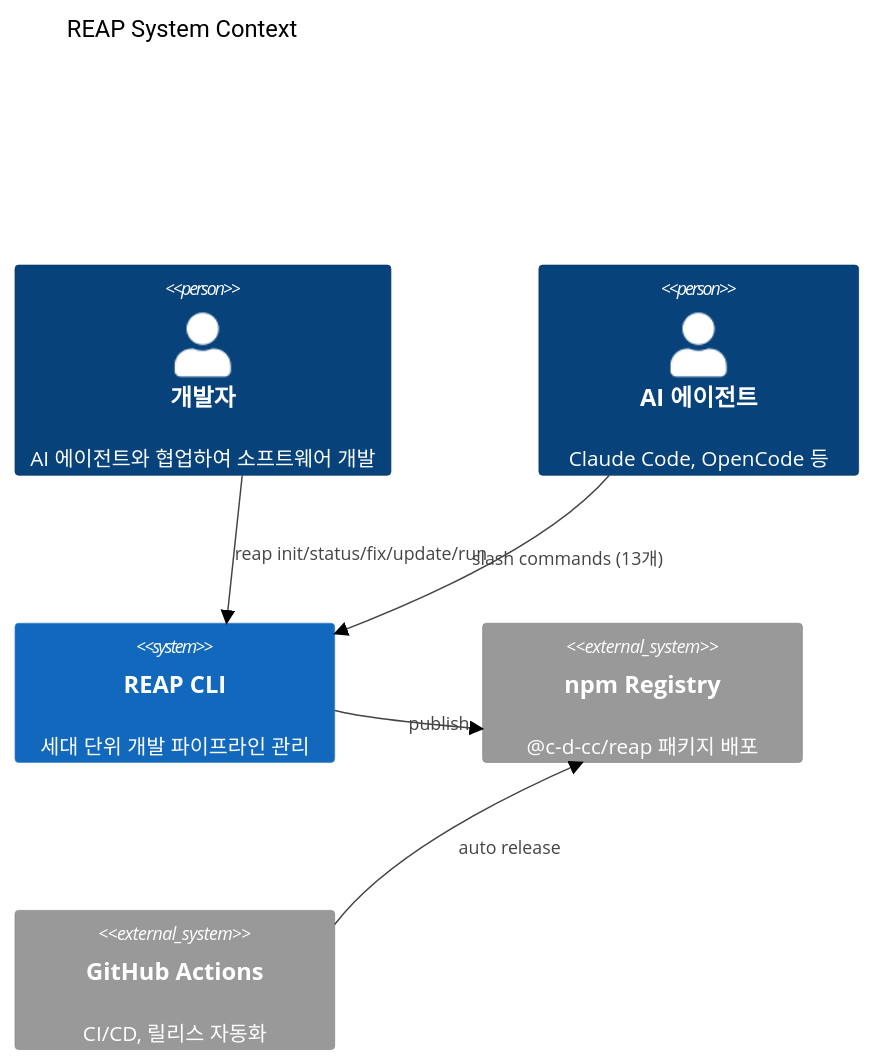
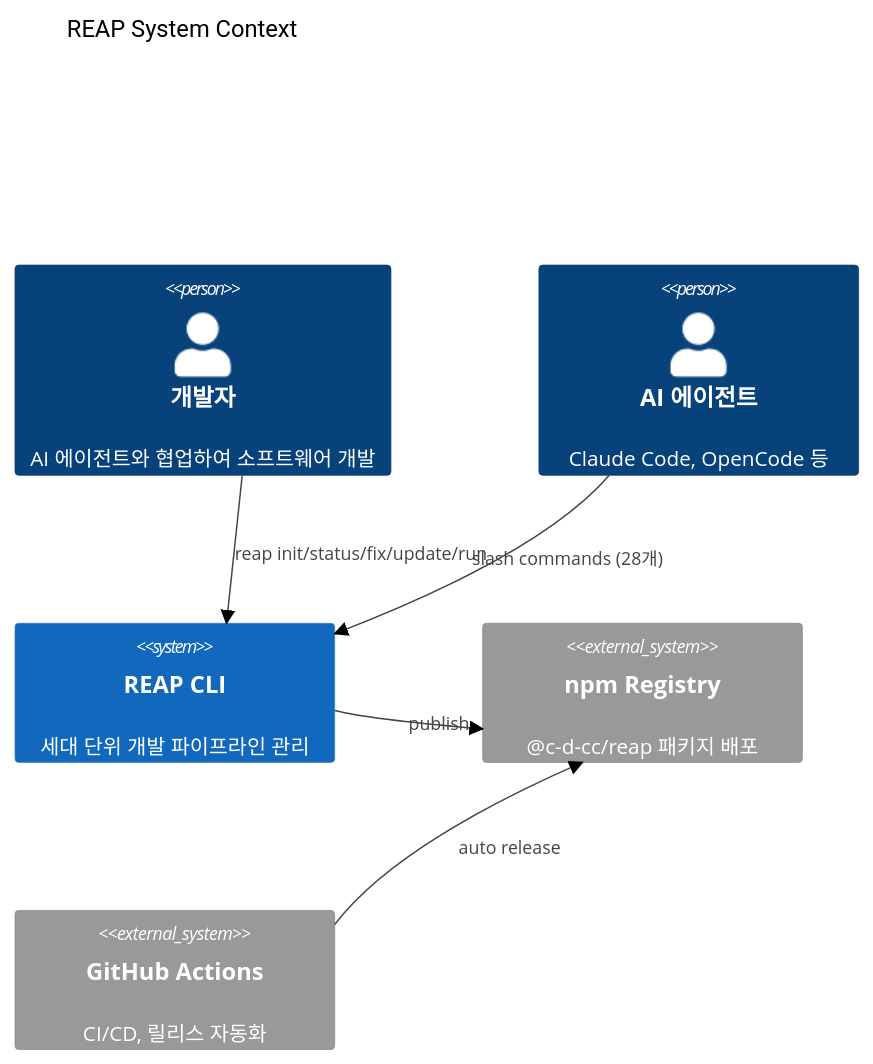
Before and after one commit to c-d-cc/reap: the first of 3 diagrams in .reap/genome/source-map.md, drawn with Mermaid (neutral theme). The commit also changed other lines of this file and 11 other files, not shown here.

````diff
--- a/.reap/genome/source-map.md
+++ b/.reap/genome/source-map.md
@@ -10,16 +10,16 @@
 ```mermaid
 C4Context
   title REAP System Context
 
   Person(user, "개발자", "AI 에이전트와 협업하여 소프트웨어 개발")
   Person(agent, "AI 에이전트", "Claude Code, OpenCode 등")
 
   System(reap, "REAP CLI", "세대 단위 개발 파이프라인 관리")
   System_Ext(npm, "npm Registry", "@c-d-cc/reap 패키지 배포")
   System_Ext(github, "GitHub Actions", "CI/CD, 릴리스 자동화")
 
   Rel(user, reap, "reap init/status/fix/update/run")
-  Rel(agent, reap, "slash commands (13개)")
+  Rel(agent, reap, "slash commands (28개)")
   Rel(reap, npm, "publish")
   Rel(github, npm, "auto release")
 ```
````
